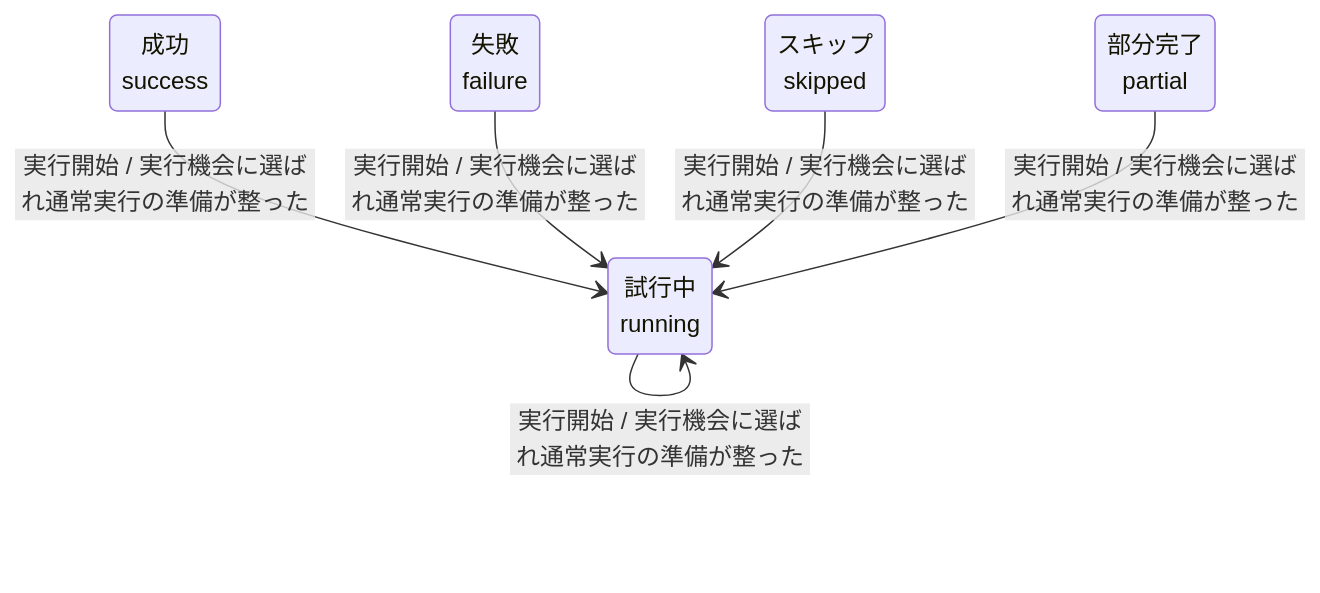
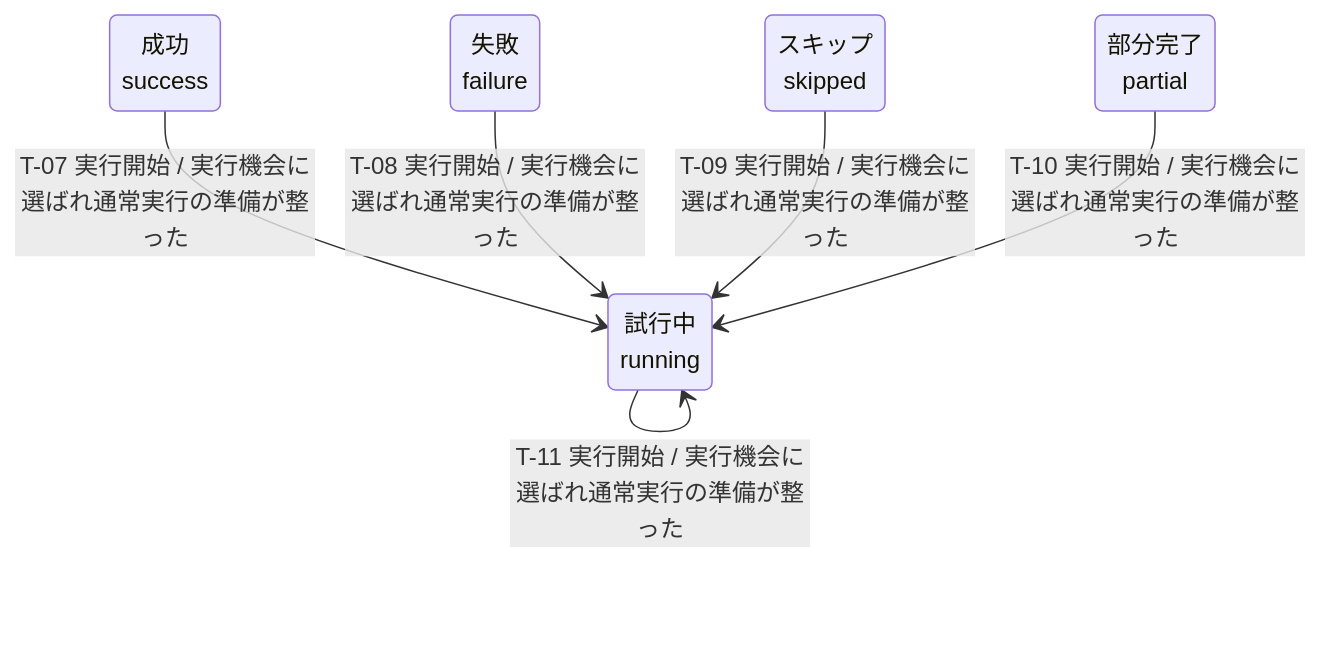
Before and after one commit to specdojo/specdojo: the second of 2 diagrams in docs/ja/product/010-business-specs/020-data-model/stsd-routine-run.md, drawn with Mermaid. The commit also changed other lines of this file and 5 other files, not shown here.

````diff
--- a/docs/ja/product/010-business-specs/020-data-model/stsd-routine-run.md
+++ b/docs/ja/product/010-business-specs/020-data-model/stsd-routine-run.md
@@ -86,13 +101,13 @@
 ```mermaid
 stateDiagram-v2
   state "試行中<br>running" as running
   state "成功<br>success" as success
   state "部分完了<br>partial" as partial
   state "失敗<br>failure" as failure
   state "スキップ<br>skipped" as skipped
-  success --> running : 実行開始 / 実行機会に選ばれ通常実行の準備が整った
-  failure --> running : 実行開始 / 実行機会に選ばれ通常実行の準備が整った
-  skipped --> running : 実行開始 / 実行機会に選ばれ通常実行の準備が整った
-  partial --> running : 実行開始 / 実行機会に選ばれ通常実行の準備が整った
-  running --> running : 実行開始 / 実行機会に選ばれ通常実行の準備が整った
+  success --> running : T-07 実行開始 / 実行機会に選ばれ通常実行の準備が整った
+  failure --> running : T-08 実行開始 / 実行機会に選ばれ通常実行の準備が整った
+  skipped --> running : T-09 実行開始 / 実行機会に選ばれ通常実行の準備が整った
+  partial --> running : T-10 実行開始 / 実行機会に選ばれ通常実行の準備が整った
+  running --> running : T-11 実行開始 / 実行機会に選ばれ通常実行の準備が整った
 ```
````
